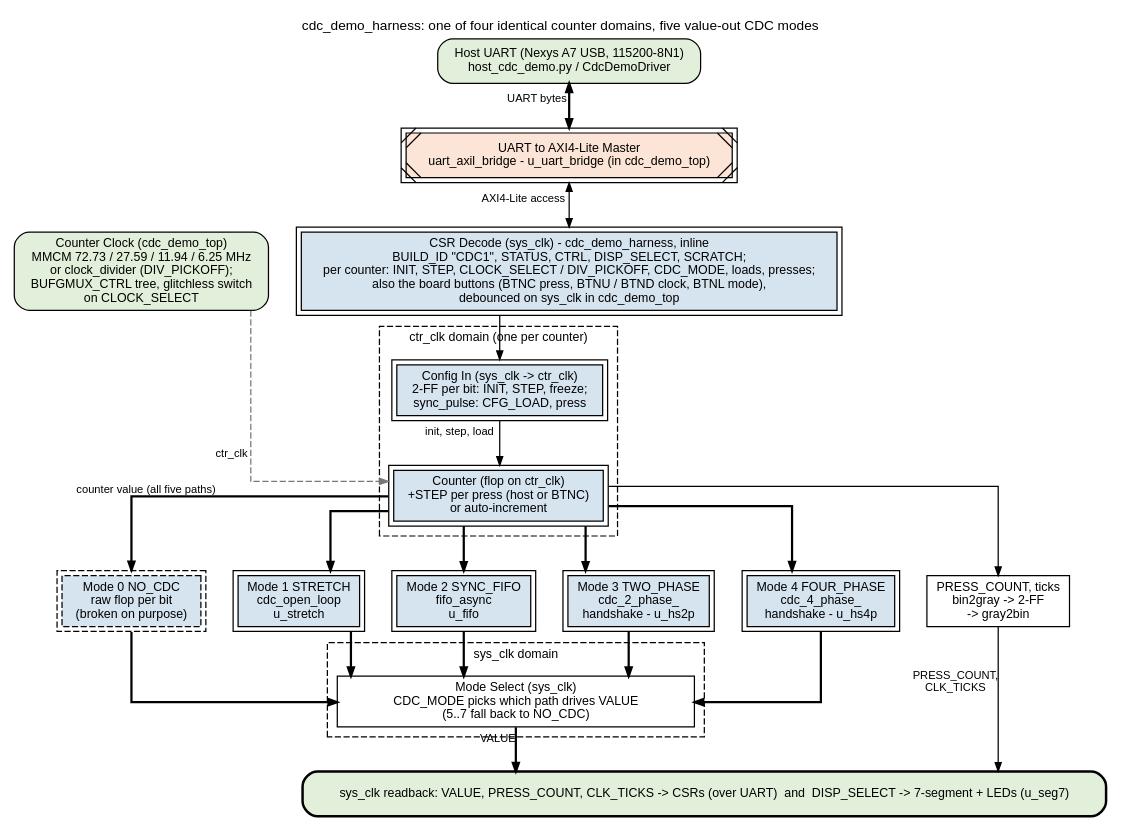
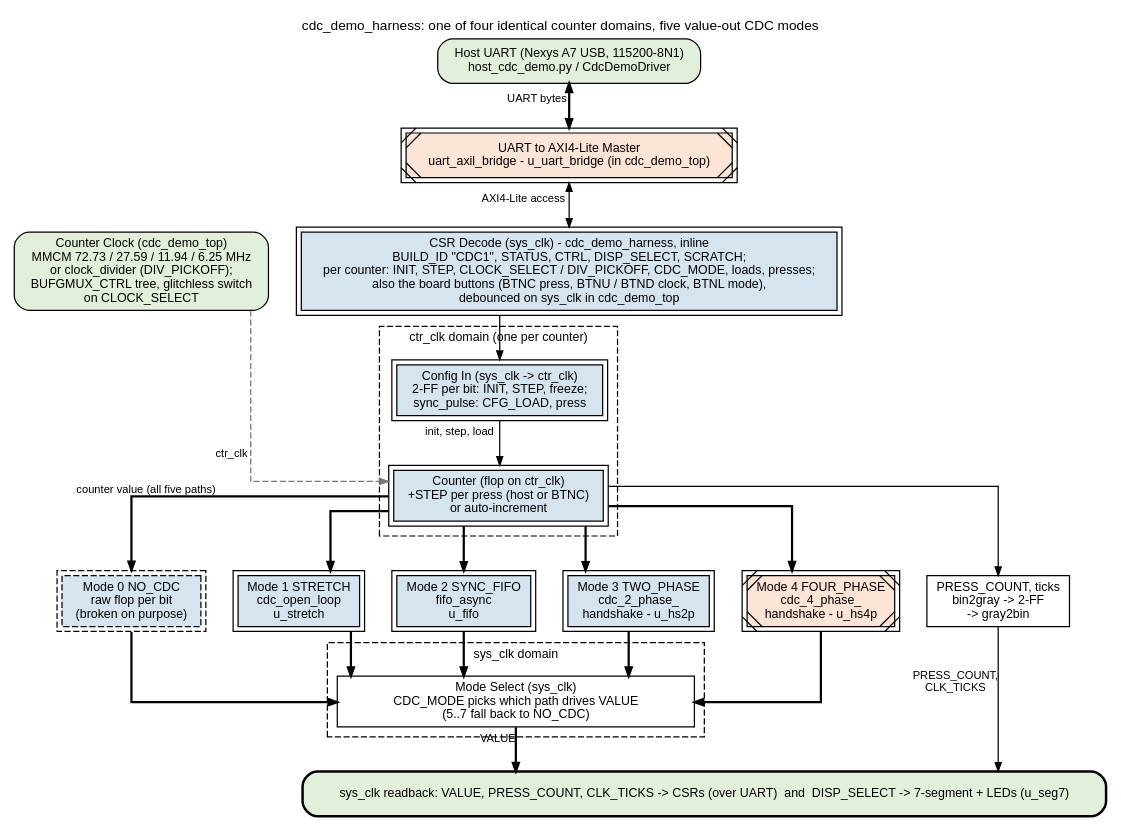
Before and after one commit to sean-galloway/RTLDesignSherpa: the diagram in projects/fpga-systems/NexysA7/misc-ip/cdc_counter_display/docs/cdc_demo_guide/assets/graphviz/01_harness_spine.dot, drawn with Graphviz. The commit also changed 85 other files, not shown here.

```diff
--- a/projects/fpga-systems/NexysA7/misc-ip/cdc_counter_display/docs/cdc_demo_guide/assets/graphviz/01_harness_spine.dot
+++ b/projects/fpga-systems/NexysA7/misc-ip/cdc_counter_display/docs/cdc_demo_guide/assets/graphviz/01_harness_spine.dot
@@ -1,76 +1,76 @@
 // Figure 1.1 of the CDC Counter Display Guide: the same figure as the
 // CDC FPGA System book Figure 2.1 (cdc_fpga_system/assets/graphviz/
 // 02_harness_blocks.dot). Replaces assets/mermaid/01_harness_spine.mmd.
 // Keep the two in step.
 // Figure 2.1 -- cdc_demo_harness and one of its four counter domains, in the
 // CDC house style (vault/handbook/authoring/block-diagrams.md, the fifo_async
 // template): the host link is the white port on top, the two clock domains
 // are dashed regions, and the five value-out paths are the crossings, drawn
 // side by side as the heavy center rank between the domains. The mode select
 // is a plain box (a mux driven by a register, not a pick). The display and
 // the readback CSRs are the boundary bar. One counter is drawn; there are
 // four identical ones.
 // RTL: build-demo/rtl/cdc_demo_top.sv (u_uart_bridge, MMCM, clock_divider,
 // BUFGMUX_CTRL tree, u_seg7), cdc_demo_harness.sv, cdc_counter_domain.sv.
 digraph harness_blocks {
     graph [rankdir=TB, bgcolor="white", fontname="Helvetica", fontsize=11,
            nodesep="0.30", ranksep="0.50", splines=ortho, newrank=true,
            label="cdc_demo_harness: one of four identical counter domains, five value-out CDC modes", labelloc=t];
     node  [fontname="Helvetica", fontsize=10, shape=box, style=filled,
            fillcolor="white", color="black", margin="0.10,0.06"];
     edge  [fontname="Helvetica", fontsize=9, color="black", arrowsize=0.7];
 
     host [group=C, label="Host UART (Nexys A7 USB, 115200-8N1)\nhost_cdc_demo.py / CdcDemoDriver", fillcolor="white", style="rounded,filled", fillcolor="#E2EFDA"];
     uart [group=C, label="UART to AXI4-Lite Master\nuart_axil_bridge - u_uart_bridge (in cdc_demo_top)", peripheries=2, style="filled,diagonals", fillcolor="#FCE4D6"];
     csr  [group=C, label="CSR Decode (sys_clk) - cdc_demo_harness, inline\nBUILD_ID \"CDC1\", STATUS, CTRL, DISP_SELECT, SCRATCH;\nper counter: INIT, STEP, CLOCK_SELECT / DIV_PICKOFF, CDC_MODE, loads, presses;\nalso the board buttons (BTNC press, BTNU / BTND clock, BTNL mode),\ndebounced on sys_clk in cdc_demo_top", width=6, peripheries=2, style="filled", fillcolor="#D6E4F0"];
 
     clk  [label="Counter Clock (cdc_demo_top)\nMMCM 72.73 / 27.59 / 11.94 / 6.25 MHz\nor clock_divider (DIV_PICKOFF);\nBUFGMUX_CTRL tree, glitchless switch\non CLOCK_SELECT", fillcolor="white", style="rounded,filled", fillcolor="#E2EFDA"];
 
     subgraph cluster_ctr {
         label="ctr_clk domain (one per counter)"; style=dashed; fontsize=10;
         cin  [label="Config In (sys_clk -> ctr_clk)\n2-FF per bit: INIT, STEP, freeze;\nsync_pulse: CFG_LOAD, press", peripheries=2, style="filled", fillcolor="#D6E4F0"];
         ctr  [label="Counter (flop on ctr_clk)\n+STEP per press (host or BTNC)\nor auto-increment", peripheries=2, style="filled", fillcolor="#D6E4F0"];
     }
 
     m0 [label="Mode 0 NO_CDC\nraw flop per bit\n(broken on purpose)", style="filled,dashed", peripheries=2, style="filled,dashed", fillcolor="#D6E4F0"];
     m1 [label="Mode 1 STRETCH\ncdc_open_loop\nu_stretch", peripheries=2, style="filled", fillcolor="#D6E4F0"];
     m2 [label="Mode 2 SYNC_FIFO\nfifo_async\nu_fifo", peripheries=2, style="filled", fillcolor="#D6E4F0"];
     m3 [label="Mode 3 TWO_PHASE\ncdc_2_phase_\nhandshake - u_hs2p", peripheries=2, style="filled", fillcolor="#D6E4F0"];
-    m4 [label="Mode 4 FOUR_PHASE\ncdc_4_phase_\nhandshake - u_hs4p", peripheries=2, style="filled", fillcolor="#D6E4F0"];
+    m4 [label="Mode 4 FOUR_PHASE\ncdc_4_phase_\nhandshake - u_hs4p", peripheries=2, style="filled,diagonals", fillcolor="#FCE4D6"];
     gray [label="PRESS_COUNT, ticks\nbin2gray -> 2-FF\n-> gray2bin", style="filled", fillcolor="white"];
 
     subgraph cluster_sys {
         label="sys_clk domain"; style=dashed; fontsize=10;
         sel [label="Mode Select (sys_clk)\nCDC_MODE picks which path drives VALUE\n(5..7 fall back to NO_CDC)", width=4, style="filled", fillcolor="white"];
     }
 
     bar [group=C, label="sys_clk readback: VALUE, PRESS_COUNT, CLK_TICKS -> CSRs (over UART)  and  DISP_SELECT -> 7-segment + LEDs (u_seg7)", fillcolor="white", width=9, style="rounded,filled,bold", fillcolor="#E2EFDA"];
 
 
     { rank=same; clk; csr; }
     clk -> csr [style=invis];
     { rank=same; m0; m1; m2; m3; m4; gray; }
     m0 -> m1 -> m2 -> m3 -> m4 -> gray [style=invis];
 
     host -> uart [dir=both, penwidth=1.8, xlabel="UART bytes"];
     uart -> csr  [dir=both, xlabel="AXI4-Lite access"];
     csr  -> cin;
     clk  -> ctr  [style=dashed, color="#777777", xlabel="ctr_clk"];
     cin  -> ctr  [xlabel="init, step, load"];
 
     ctr -> m0 [penwidth=1.8, xlabel="counter value (all five paths)"];
     ctr -> m1 [penwidth=1.8];
     ctr -> m2 [penwidth=1.8];
     ctr -> m3 [penwidth=1.8];
     ctr -> m4 [penwidth=1.8];
     ctr -> gray;
 
     m0 -> sel [penwidth=1.8];
     m1 -> sel [penwidth=1.8];
     m2 -> sel [penwidth=1.8];
     m3 -> sel [penwidth=1.8];
     m4 -> sel [penwidth=1.8];
 
     sel  -> bar [penwidth=1.8, xlabel="VALUE"];
     gray -> bar [xlabel="PRESS_COUNT,\nCLK_TICKS"];
 }
```
